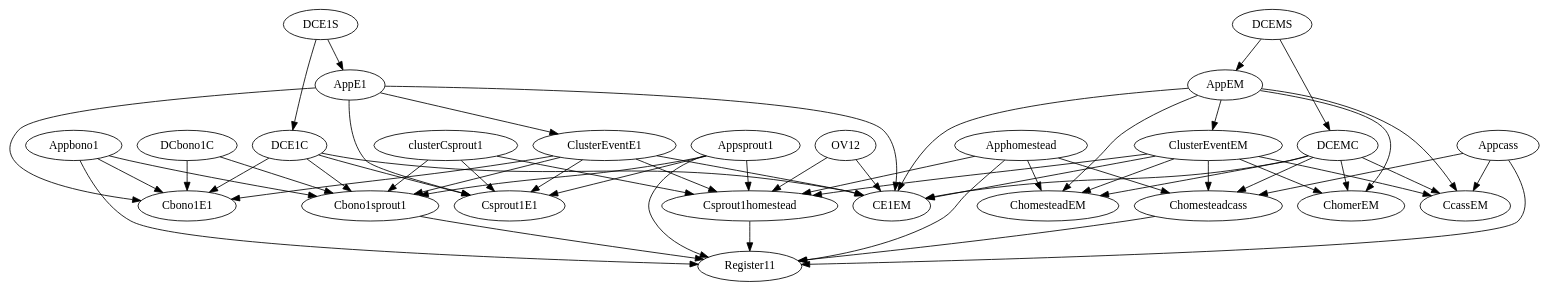
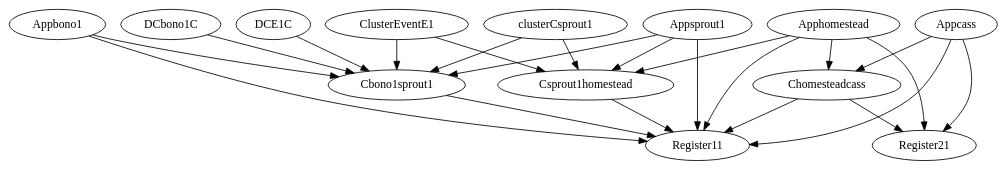
Before and after one commit to cherrared/FaultGraphExplorer: the diagram in test.dot, drawn with Graphviz. The commit also changed 8 other files, not shown here.

```diff
--- a/test.dot
+++ b/test.dot
@@ -1,135 +1,64 @@
 strict digraph "" {
-	CcassEM	 [SF=0,
-		T=1,
-		n=2];
 	Appbono1	 [SF=0,
 		T=1,
 		n=2];
 	Register11	 [SF=0,
 		T=1,
 		n=3];
 	Appbono1 -> Register11	 [at=1];
 	Cbono1sprout1	 [SF=0,
 		T=1,
 		n=2];
 	Appbono1 -> Cbono1sprout1	 [at=1];
-	Cbono1E1	 [SF=0,
+	Apphomestead	 [SF=0,
 		T=1,
 		n=2];
-	Appbono1 -> Cbono1E1	 [at=1];
-	DCEMS	 [SF=1,
+	Register21	 [SF=0,
 		T=1,
-		n=1];
-	DCEMC	 [SF=1,
-		T=1,
-		n=1];
-	DCEMS -> DCEMC	 [at=2];
-	AppEM	 [SF=0,
+		n=3];
+	Apphomestead -> Register21	 [at=1];
+	Chomesteadcass	 [SF=0,
 		T=1,
 		n=2];
-	DCEMS -> AppEM	 [at=2];
-	Csprout1E1	 [SF=0,
+	Apphomestead -> Chomesteadcass	 [at=1];
+	Apphomestead -> Register11	 [at=1];
+	Csprout1homestead	 [SF=0,
 		T=1,
 		n=2];
-	AppE1	 [SF=0,
+	Apphomestead -> Csprout1homestead	 [at=1];
+	Appsprout1	 [SF=0,
 		T=1,
 		n=2];
-	AppE1 -> Csprout1E1	 [at=1];
-	CE1EM	 [SF=0,
+	Appsprout1 -> Register11	 [at=1];
+	Appsprout1 -> Cbono1sprout1	 [at=1];
+	Appsprout1 -> Csprout1homestead	 [at=1];
+	Chomesteadcass -> Register21	 [at=1];
+	Chomesteadcass -> Register11	 [at=1];
+	Appcass	 [SF=0,
 		T=1,
 		n=2];
-	AppE1 -> CE1EM	 [at=1];
+	Appcass -> Register21	 [at=1];
+	Appcass -> Chomesteadcass	 [at=1];
+	Appcass -> Register11	 [at=1];
 	ClusterEventE1	 [SF=0,
 		T=0,
 		n=2];
-	AppE1 -> ClusterEventE1	 [at=0];
-	AppE1 -> Cbono1E1	 [at=1];
-	ClusterEventEM	 [SF=0,
-		T=0,
-		n=2];
-	ClusterEventEM -> CcassEM	 [at=1];
-	ClusterEventEM -> CE1EM	 [at=1];
-	Csprout1homestead	 [SF=0,
-		T=1,
-		n=2];
-	ClusterEventEM -> Csprout1homestead	 [at=1];
-	ChomesteadEM	 [SF=0,
-		T=1,
-		n=2];
-	ClusterEventEM -> ChomesteadEM	 [at=1];
-	Chomesteadcass	 [SF=0,
-		T=1,
-		n=2];
-	ClusterEventEM -> Chomesteadcass	 [at=1];
-	ChomerEM	 [SF=0,
-		T=1,
-		n=2];
-	ClusterEventEM -> ChomerEM	 [at=1];
+	ClusterEventE1 -> Cbono1sprout1	 [at=1];
+	ClusterEventE1 -> Csprout1homestead	 [at=1];
 	clusterCsprout1	 [SF=0,
 		T=0,
 		at=0,
 		n=2];
-	clusterCsprout1 -> Csprout1E1	 [at=1];
+	clusterCsprout1 -> Cbono1sprout1	 [at=1];
 	clusterCsprout1 -> Csprout1homestead	 [at=1];
-	clusterCsprout1 -> Cbono1sprout1	 [at=1];
 	DCbono1C	 [SF=1,
 		T=1,
 		n=1];
 	DCbono1C -> Cbono1sprout1	 [at=1];
-	DCbono1C -> Cbono1E1	 [at=1];
-	DCEMC -> CcassEM	 [at=1];
-	DCEMC -> CE1EM	 [at=1];
-	DCEMC -> ChomesteadEM	 [at=1];
-	DCEMC -> Chomesteadcass	 [at=1];
-	DCEMC -> ChomerEM	 [at=1];
-	Apphomestead	 [SF=0,
-		T=1,
-		n=2];
-	Apphomestead -> Register11	 [at=1];
-	Apphomestead -> Csprout1homestead	 [at=1];
-	Apphomestead -> ChomesteadEM	 [at=1];
-	Apphomestead -> Chomesteadcass	 [at=1];
-	Appsprout1	 [SF=0,
-		T=1,
-		n=2];
-	Appsprout1 -> Csprout1E1	 [at=1];
-	Appsprout1 -> Register11	 [at=1];
-	Appsprout1 -> Csprout1homestead	 [at=1];
-	Appsprout1 -> Cbono1sprout1	 [at=1];
-	Appcass	 [SF=0,
-		T=1,
-		n=2];
-	Appcass -> CcassEM	 [at=1];
-	Appcass -> Register11	 [at=1];
-	Appcass -> Chomesteadcass	 [at=1];
-	OV12	 [SF=0,
-		T=0,
-		n=1];
-	OV12 -> CE1EM	 [at=1];
-	OV12 -> Csprout1homestead	 [at=1];
+	Cbono1sprout1 -> Register11	 [at=1];
 	Csprout1homestead -> Register11	 [at=1];
-	DCE1S	 [SF=1,
-		T=1,
-		n=1];
-	DCE1S -> AppE1	 [at=2];
 	DCE1C	 [SF=1,
 		T=1,
 		n=1];
-	DCE1S -> DCE1C	 [at=2];
-	DCE1C -> Csprout1E1	 [at=1];
-	DCE1C -> CE1EM	 [at=1];
 	DCE1C -> Cbono1sprout1	 [at=1];
-	DCE1C -> Cbono1E1	 [at=1];
-	Chomesteadcass -> Register11	 [at=1];
-	ClusterEventE1 -> Csprout1E1	 [at=1];
-	ClusterEventE1 -> CE1EM	 [at=1];
-	ClusterEventE1 -> Csprout1homestead	 [at=1];
-	ClusterEventE1 -> Cbono1sprout1	 [at=1];
-	ClusterEventE1 -> Cbono1E1	 [at=1];
-	AppEM -> CcassEM	 [at=1];
-	AppEM -> ClusterEventEM	 [at=0];
-	AppEM -> CE1EM	 [at=1];
-	AppEM -> ChomesteadEM	 [at=1];
-	AppEM -> ChomerEM	 [at=1];
-	Cbono1sprout1 -> Register11	 [at=1];
 }
```
